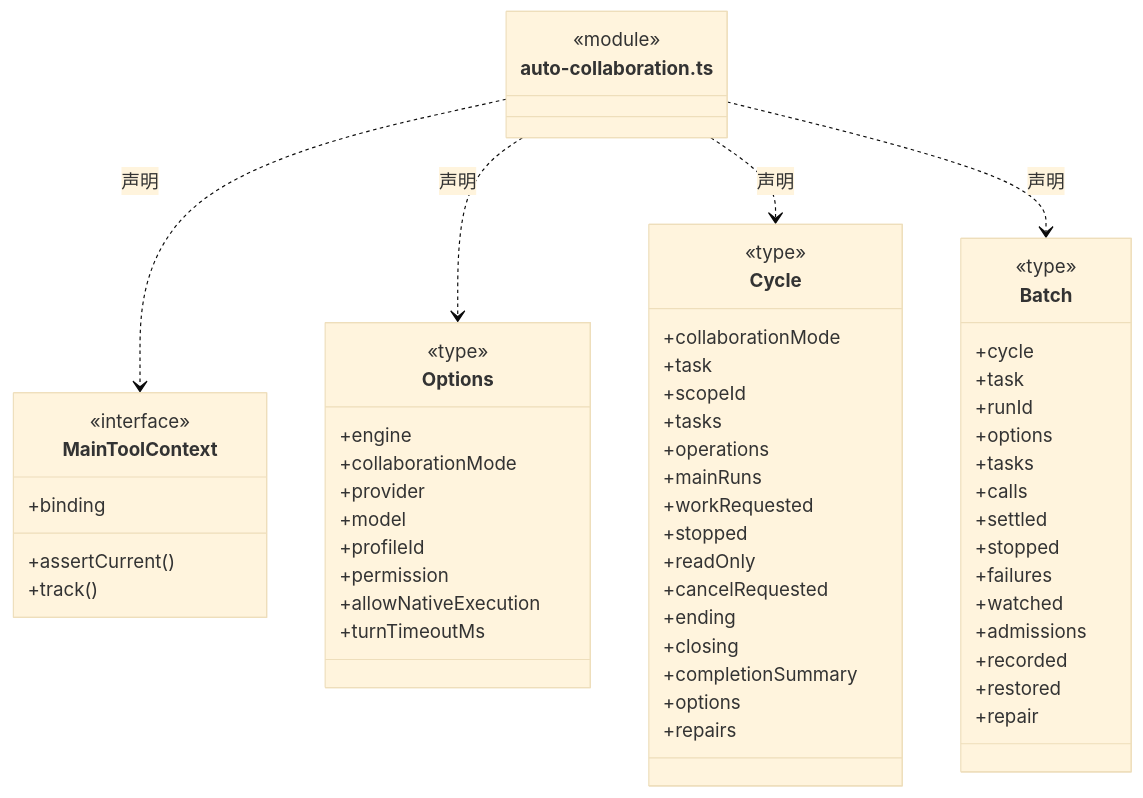
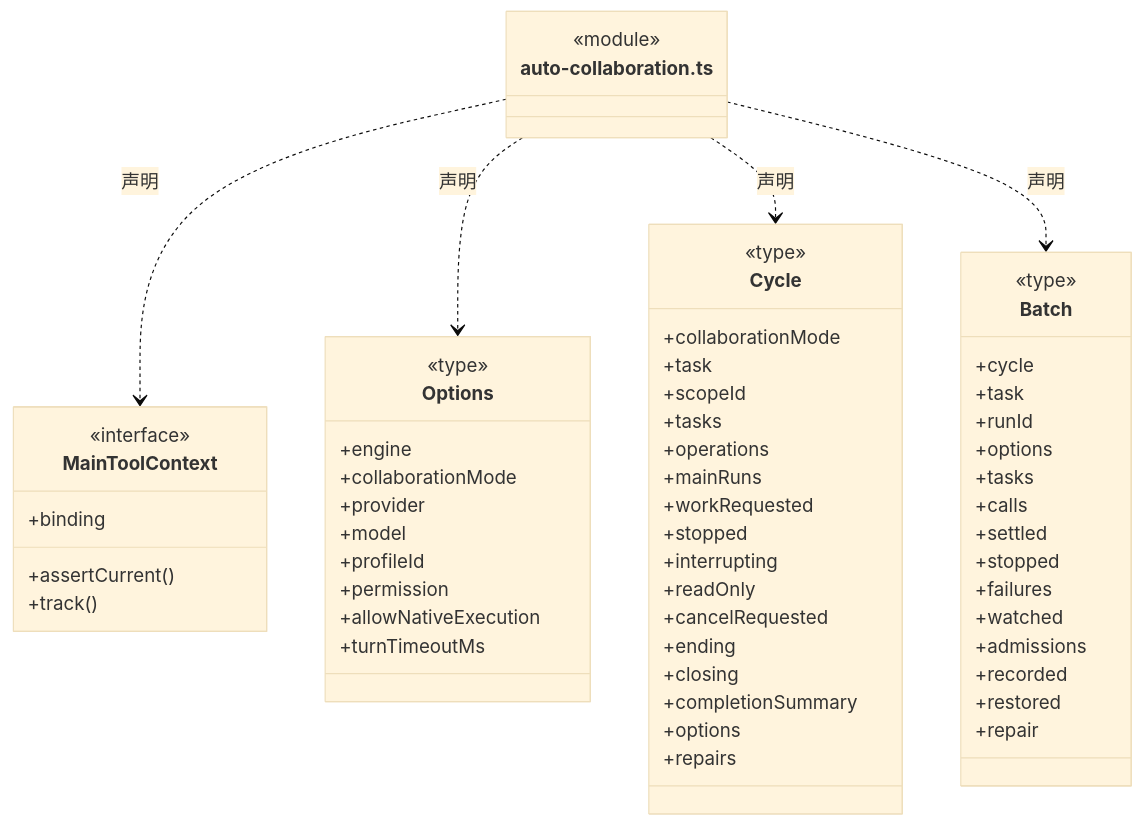
The first of 15 diagrams in src/logic/dispatch/runtime/ARCHITECTURE.md (nan023062/cbim), drawn with Mermaid (base theme) before and after one commit. The commit also changed other lines of this file and 50 other files, not shown here.

````diff
--- a/src/logic/dispatch/runtime/ARCHITECTURE.md
+++ b/src/logic/dispatch/runtime/ARCHITECTURE.md
@@ -24,62 +24,63 @@
 ```mermaid
 classDiagram
 class N_src_logic_dispatch_runtime_auto_collaboration_ts["auto-collaboration.ts"] {
   <<module>>
 }
 class N_src_logic_dispatch_runtime_auto_collaboration_ts_MainToolContext["MainToolContext"] {
   <<interface>>
   +binding
   +assertCurrent()
   +track()
 }
 N_src_logic_dispatch_runtime_auto_collaboration_ts ..> N_src_logic_dispatch_runtime_auto_collaboration_ts_MainToolContext : 声明
 class N_src_logic_dispatch_runtime_auto_collaboration_ts_Options["Options"] {
   <<type>>
   +engine
   +collaborationMode
   +provider
   +model
   +profileId
   +permission
   +allowNativeExecution
   +turnTimeoutMs
 }
 N_src_logic_dispatch_runtime_auto_collaboration_ts ..> N_src_logic_dispatch_runtime_auto_collaboration_ts_Options : 声明
 class N_src_logic_dispatch_runtime_auto_collaboration_ts_Cycle["Cycle"] {
   <<type>>
   +collaborationMode
   +task
   +scopeId
   +tasks
   +operations
   +mainRuns
   +workRequested
   +stopped
+  +interrupting
   +readOnly
   +cancelRequested
   +ending
   +closing
   +completionSummary
   +options
   +repairs
 }
 N_src_logic_dispatch_runtime_auto_collaboration_ts ..> N_src_logic_dispatch_runtime_auto_collaboration_ts_Cycle : 声明
 class N_src_logic_dispatch_runtime_auto_collaboration_ts_Batch["Batch"] {
   <<type>>
   +cycle
   +task
   +runId
   +options
   +tasks
   +calls
   +settled
   +stopped
   +failures
   +watched
   +admissions
   +recorded
   +restored
   +repair
 }
 N_src_logic_dispatch_runtime_auto_collaboration_ts ..> N_src_logic_dispatch_runtime_auto_collaboration_ts_Batch : 声明
 ```
````
